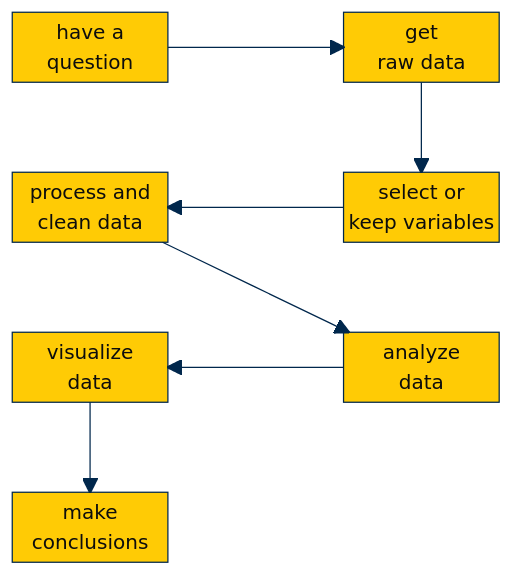
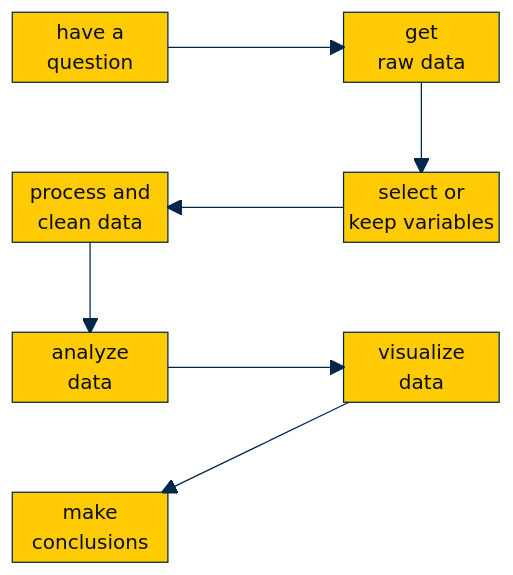
The diagram in do-files/README.md (agrogan1/Stata), drawn with Mermaid before and after one commit.

````diff
--- a/do-files/README.md
+++ b/do-files/README.md
@@ -3,34 +3,34 @@
 ```mermaid
 %%{
   init: {
     'theme': 'base',
     'look': 'handDrawn',
     'themeVariables': {
       'primaryColor': '#FFCB05',
       'primaryTextColor': '#000000',
       'primaryBorderColor': '#00274C',
       'lineColor': '#00274C',
       'secondaryColor': '#00274C',
       'secondaryTextColor': '#000000',
       'tertiaryColor': '#F2F2F2',
       'tertiaryBorderColor': '#00274C'
     }
   }
 }%%
 block-beta
    columns 3
    A["have a <br>question"] space B["get <br> raw data"]
    space space space 
    D["process and <br>clean data"] space  C["select or <br>keep variables"]
    space space space 
-   F["visualize <br>data"] space E["analyze <br>data"]  
+   E["analyze <br>data"] space F["visualize <br>data"] 
    space space space 
    G["make <br>conclusions"] space space 
 
    A --> B
    B --> C
    C --> D
    D --> E
    E --> F
    F --> G
 ```
````
